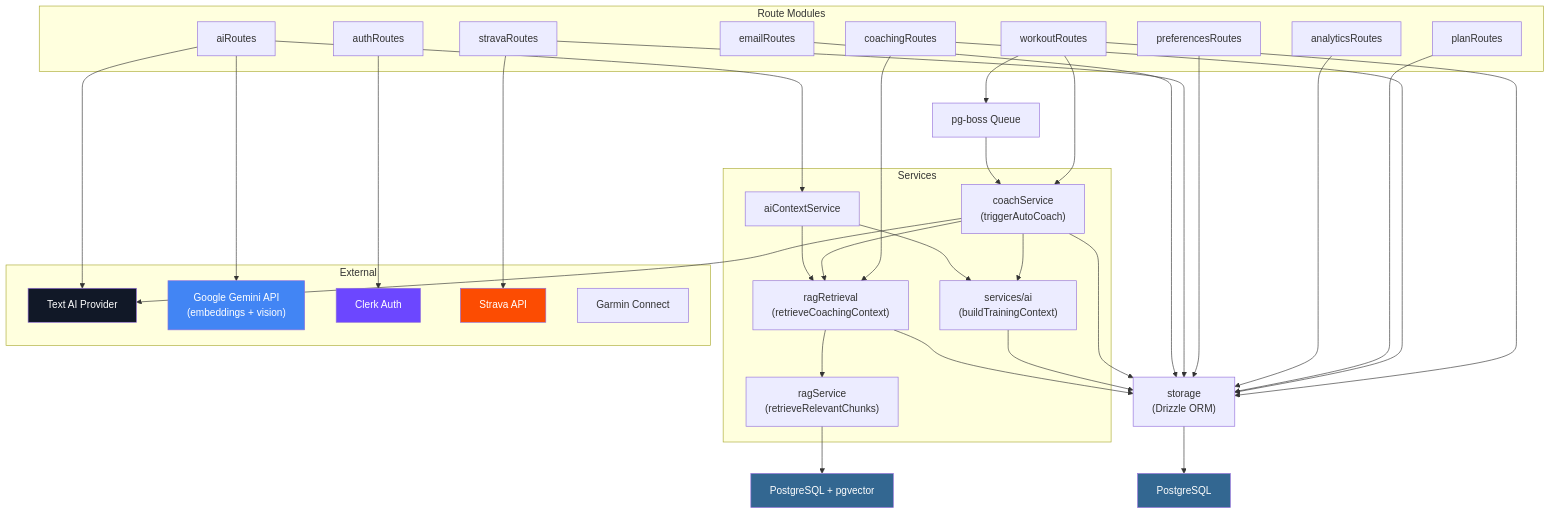
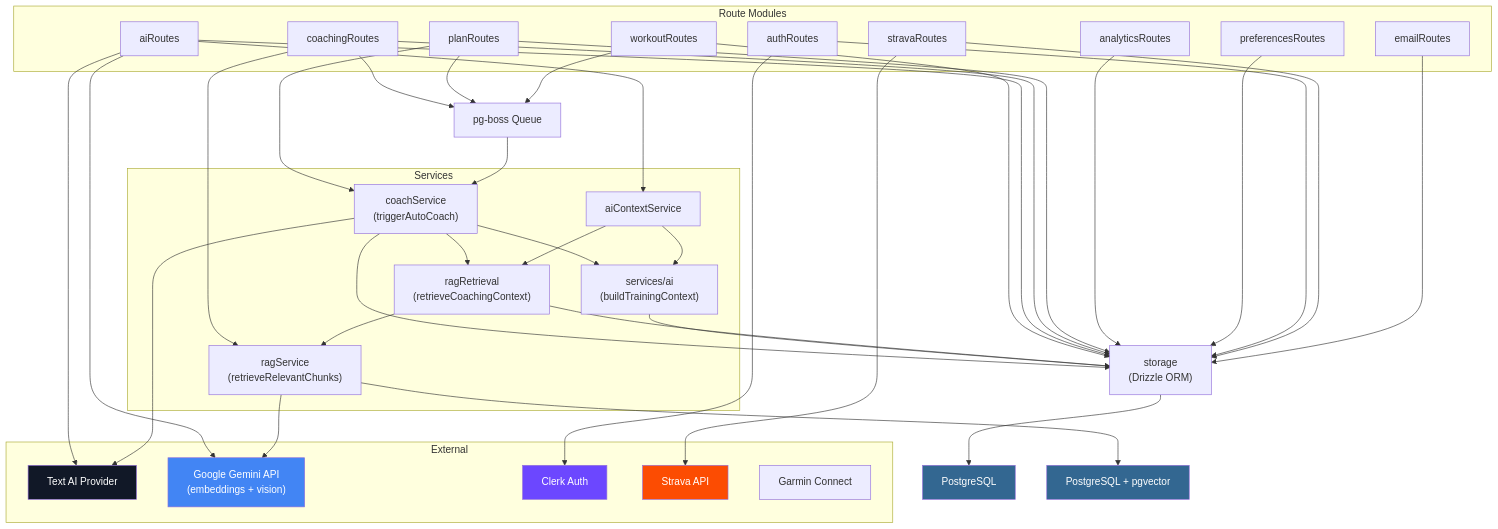
One commit to daler91/Hyrox-Companion changed the seventh of 8 diagrams in docs/architecture.md. Above: the diagram before and after it, drawn with Mermaid. The commit also changed other lines of this file and 2 other files, not shown here.

````diff
--- a/docs/architecture.md
+++ b/docs/architecture.md
@@ -329,74 +341,79 @@
 ```mermaid
 graph TD
     subgraph Route Modules
         R_AUTH["authRoutes"]
         R_PREFS["preferencesRoutes"]
         R_EMAIL["emailRoutes"]
         R_AI["aiRoutes"]
         R_ANALYTICS["analyticsRoutes"]
         R_WORKOUTS["workoutRoutes"]
         R_PLANS["planRoutes"]
         R_COACHING["coachingRoutes"]
         R_STRAVA["stravaRoutes"]
     end
 
     subgraph Services
         S_COACH["coachService\n(triggerAutoCoach)"]
         S_AI["services/ai\n(buildTrainingContext)"]
         S_RAG["ragRetrieval\n(retrieveCoachingContext)"]
         S_RAG_SVC["ragService\n(retrieveRelevantChunks)"]
         S_AI_CTX["aiContextService"]
     end
 
     subgraph External
         AITEXT["Text AI Provider"]
         GEMINI["Google Gemini API\n(embeddings + vision)"]
         CLERK["Clerk Auth"]
         STRAVA_API["Strava API"]
         GARMIN_API["Garmin Connect"]
     end
 
     STORAGE["storage\n(Drizzle ORM)"]
     PG["PostgreSQL"]
     PGVEC["PostgreSQL + pgvector"]
     QUEUE["pg-boss Queue"]
 
-    R_WORKOUTS --> S_COACH
     R_WORKOUTS --> STORAGE
     R_AI --> S_AI_CTX
     R_AI --> AITEXT
     R_AI --> GEMINI
-    R_COACHING --> S_RAG
+    R_AI --> STORAGE
+    R_COACHING --> S_RAG_SVC
     R_COACHING --> STORAGE
+    R_COACHING --> QUEUE
+    R_PLANS --> S_COACH
     R_PLANS --> STORAGE
+    R_PLANS --> QUEUE
     R_ANALYTICS --> STORAGE
     R_PREFS --> STORAGE
     R_AUTH --> CLERK
+    R_AUTH --> STORAGE
     R_STRAVA --> STRAVA_API
     R_STRAVA --> STORAGE
     R_EMAIL --> STORAGE
 
     S_COACH --> S_AI
     S_COACH --> S_RAG
     S_COACH --> AITEXT
     S_COACH --> STORAGE
 
     S_AI_CTX --> S_AI
     S_AI_CTX --> S_RAG
 
     S_AI --> STORAGE
     S_RAG --> S_RAG_SVC
     S_RAG --> STORAGE
     S_RAG_SVC --> PGVEC
+    S_RAG_SVC --> GEMINI
 
     STORAGE --> PG
     R_WORKOUTS --> QUEUE
     QUEUE --> S_COACH
 
     style AITEXT fill:#111827,color:#fff
     style GEMINI fill:#4285f4,color:#fff
     style CLERK fill:#6c47ff,color:#fff
     style STRAVA_API fill:#fc4c02,color:#fff
     style PG fill:#336791,color:#fff
     style PGVEC fill:#336791,color:#fff
 ```
````
